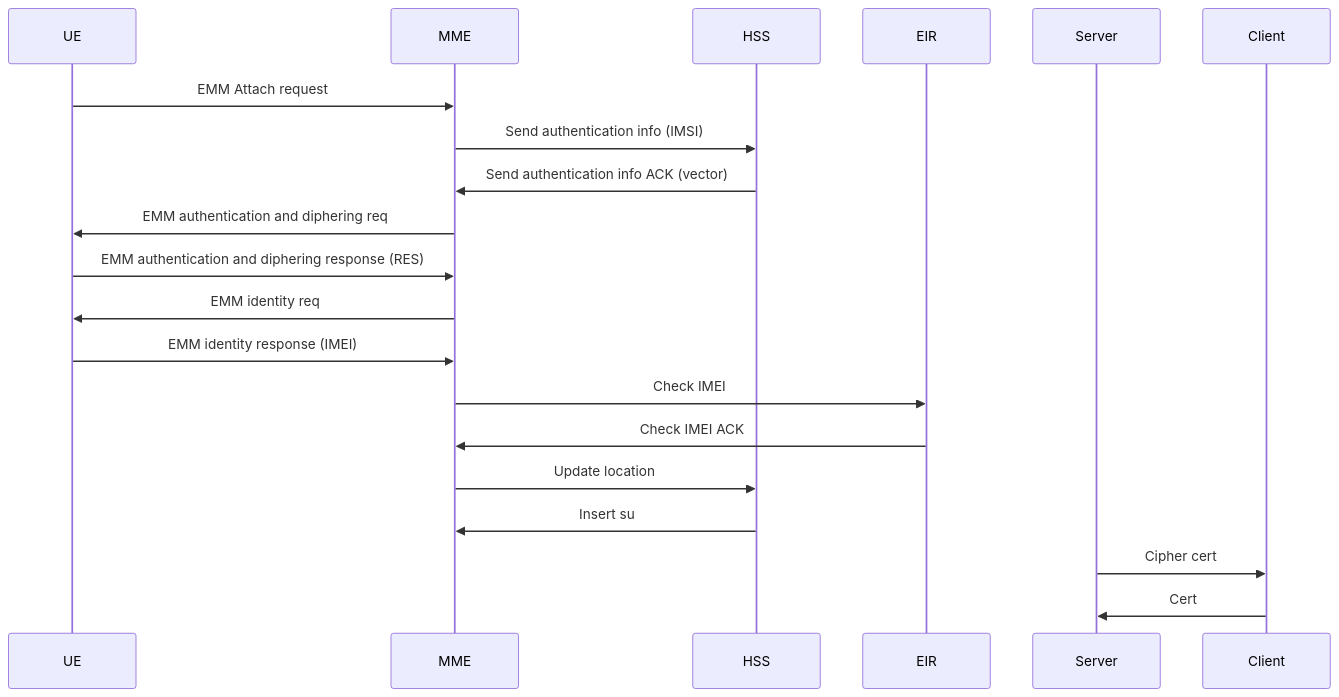
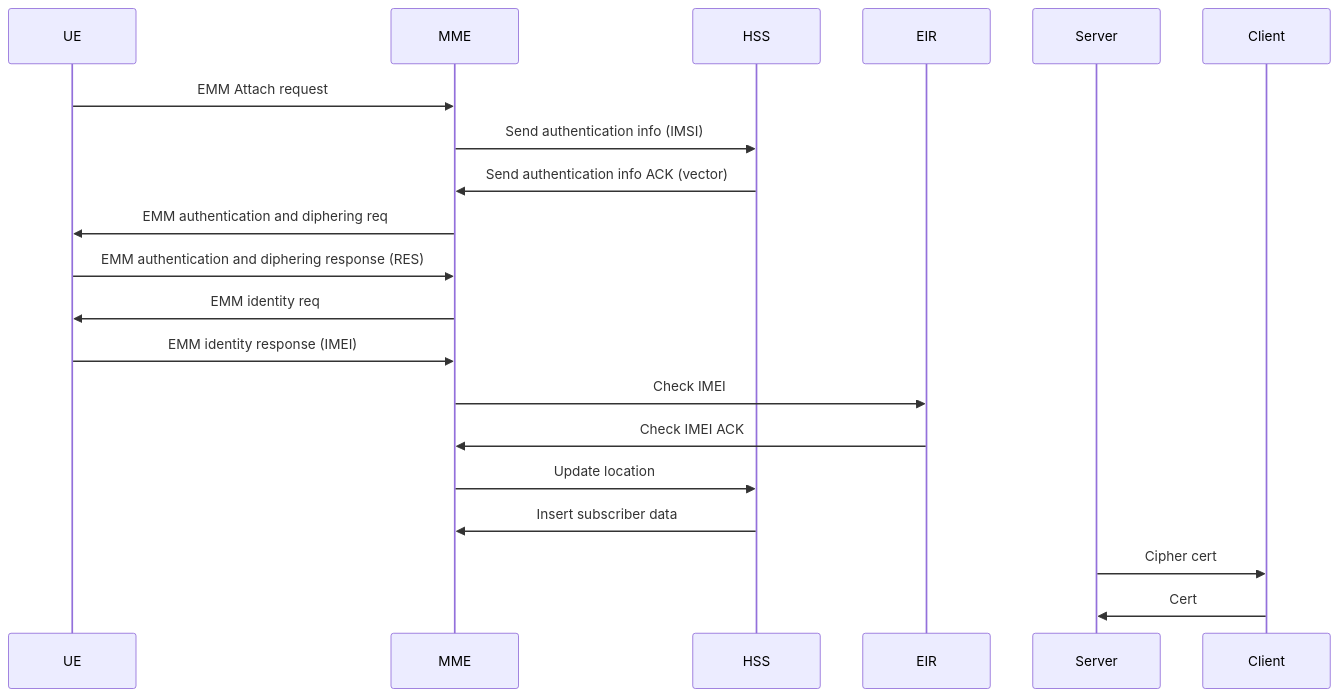
One commit to ThomasRochette/NoteCours changed the diagram in ARM.md. Above: the diagram before and after it, drawn with Mermaid. The commit also changed other lines of this file, not shown here.

Commit message:
Uploaded by https://stackedit.io/

````diff
--- a/ARM.md
+++ b/ARM.md
@@ -80,16 +80,16 @@
 ```mermaid
 sequenceDiagram
 UE ->> MME: EMM Attach request
 MME ->> HSS: Send authentication info (IMSI)
 HSS ->> MME: Send authentication info ACK (vector)
 MME ->> UE: EMM authentication and diphering req
 UE ->> MME: EMM authentication and diphering response (RES)
 MME ->> UE: EMM identity req
 UE ->> MME: EMM identity response (IMEI)
 MME ->> EIR: Check IMEI
 EIR ->> MME: Check IMEI ACK
 MME ->> HSS: Update location
-HSS ->> MME: Insert su
+HSS ->> MME: Insert subscriber data
 Server ->> Client: Cipher cert
 Client ->> Server: Cert
 ```
````
